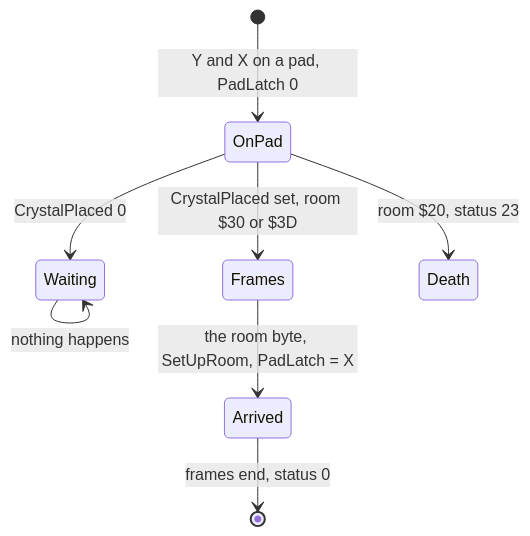
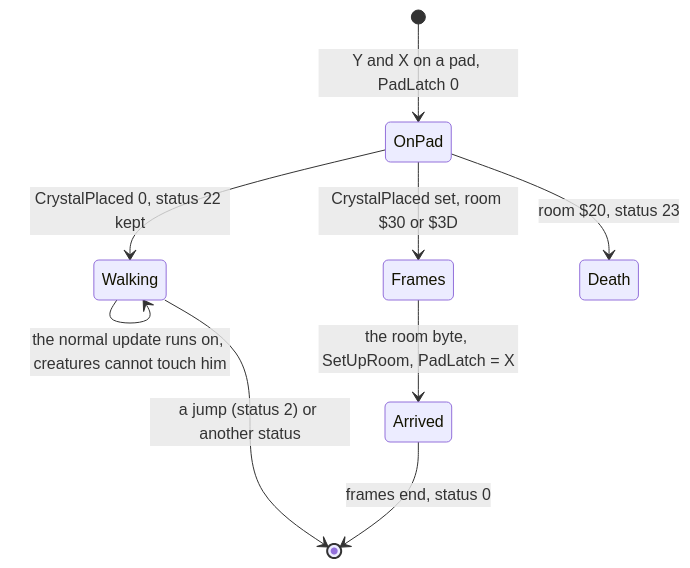
One commit to alfishe/unrealng-reverse-cases changed the sixth of 22 diagrams in games/terramex/docs/10-gameplay-logic.md. Above: the diagram before and after it, drawn with Mermaid. The commit also changed other lines of this file and 70 other files, not shown here.

````diff
--- a/games/terramex/docs/10-gameplay-logic.md
+++ b/games/terramex/docs/10-gameplay-logic.md
@@ -548,10 +554,11 @@
 ```mermaid
 stateDiagram-v2
     [*] --> OnPad: Y and X on a pad, PadLatch 0
-    OnPad --> Waiting: CrystalPlaced 0
-    Waiting --> Waiting: nothing happens
+    OnPad --> Walking: CrystalPlaced 0, status 22 kept
+    Walking --> Walking: the normal update runs on, creatures cannot touch him
+    Walking --> [*]: a jump (status 2) or another status
     OnPad --> Frames: CrystalPlaced set, room $30 or $3D
     Frames --> Arrived: the room byte, SetUpRoom, PadLatch = X
     Arrived --> [*]: frames end, status 0
     OnPad --> Death: room $20, status 23
 ```
````
